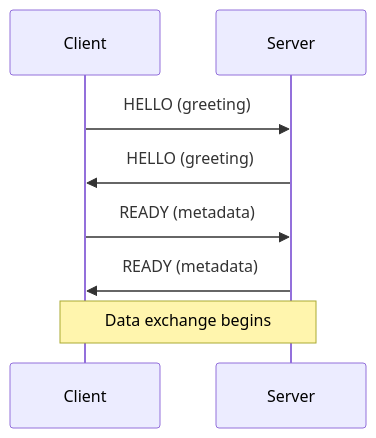
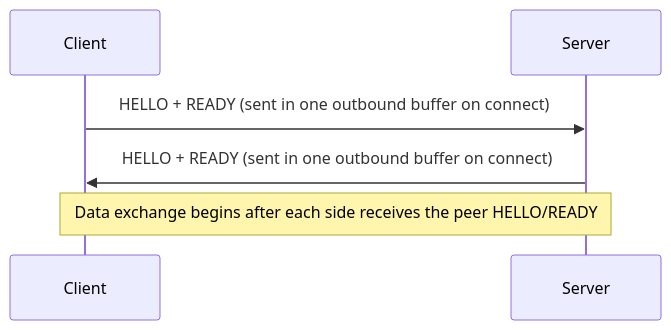
The first of 5 diagrams in core/doc/internals/protocol-zmp.md (kairos-code-dev/zlink), drawn with Mermaid before and after one commit. The commit also changed other lines of this file, not shown here.

Commit message:
docs(core): protocol-zmp.md EN 동기화 — CONTROL 프레임/handshake 정정
protocol-zmp.ko.md(46bfc40f6) 반영: envelope part는 ZMP CONTROL 프레임이 아니라 MORE 데이터
frame(decoder가 CONTROL+MORE 거부); handshake mermaid를 HELLO+READY 결합 송신으로.
(SPOT 8-part→packed header v0x02는 ko에서 보류했으므로 영문도 동일 보류)

````diff
--- a/core/doc/internals/protocol-zmp.md
+++ b/core/doc/internals/protocol-zmp.md
@@ -66,11 +68,9 @@
 ```mermaid
 sequenceDiagram
     participant C as Client
     participant S as Server
 
-    C->>S: HELLO (greeting)
-    S->>C: HELLO (greeting)
-    C->>S: READY (metadata)
-    S->>C: READY (metadata)
-    Note over C,S: Data exchange begins
+    C->>S: HELLO + READY (sent in one outbound buffer on connect)
+    S->>C: HELLO + READY (sent in one outbound buffer on connect)
+    Note over C,S: Data exchange begins after each side receives the peer HELLO/READY
 ```
````
